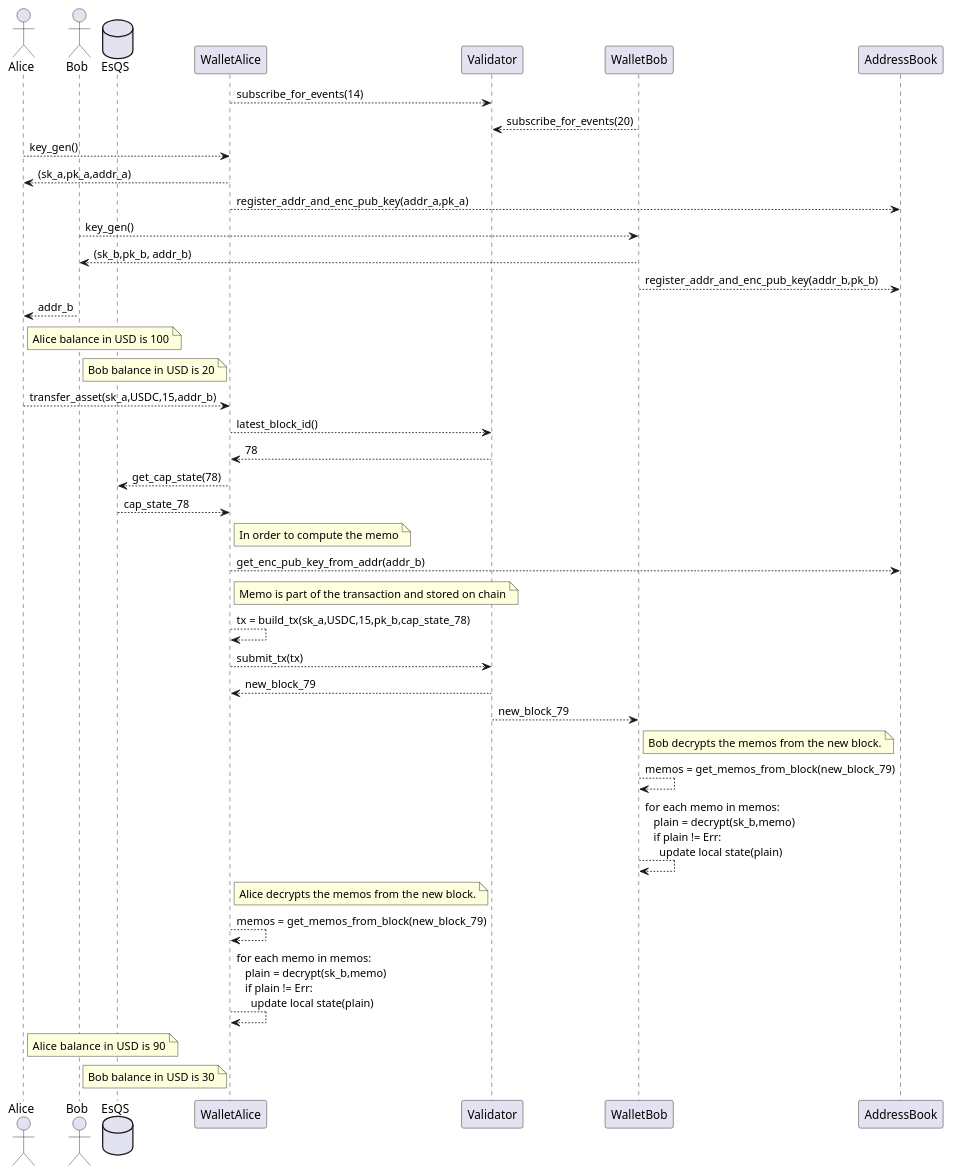
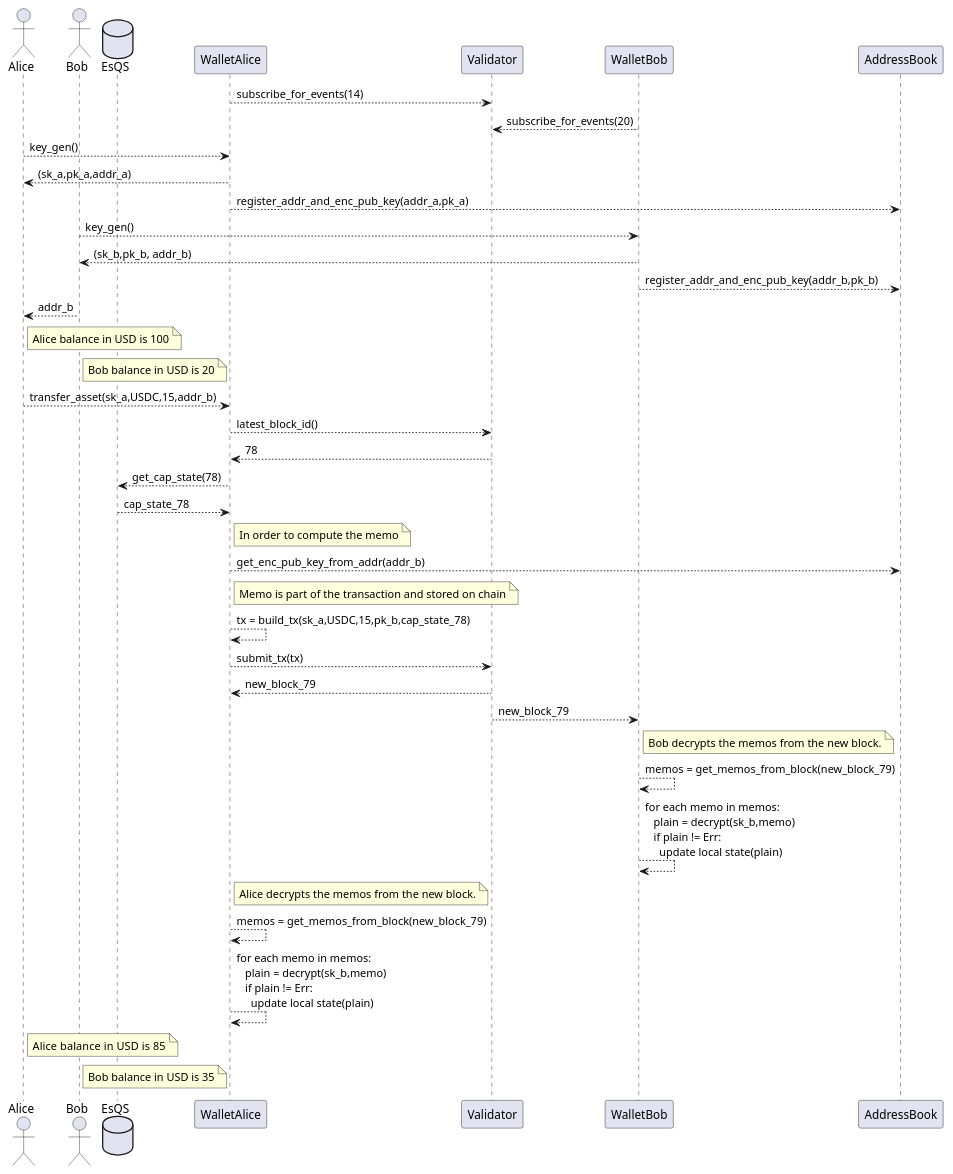
The diagram in doc/architecture/simple_transfer_seq_diagram.puml (EspressoSystems/espresso), drawn with PlantUML before and after one commit.

Commit message:
Fix arithmetic bug.

```diff
--- a/doc/architecture/simple_transfer_seq_diagram.puml
+++ b/doc/architecture/simple_transfer_seq_diagram.puml
@@ -1,71 +1,71 @@
 @startuml
 Actor Alice
 Actor Bob
 Database EsQS
 
 WalletAlice --> Validator: subscribe_for_events(14)
 WalletBob --> Validator: subscribe_for_events(20)
 
 Alice --> WalletAlice: key_gen()
 WalletAlice --> Alice: (sk_a,pk_a,addr_a)
 WalletAlice --> AddressBook: register_addr_and_enc_pub_key(addr_a,pk_a)
 
 Bob --> WalletBob: key_gen()
 WalletBob --> Bob: (sk_b,pk_b, addr_b)
 WalletBob --> AddressBook: register_addr_and_enc_pub_key(addr_b,pk_b)
 
 Bob --> Alice: addr_b
 
 note right Alice
 Alice balance in USD is 100
 end note
 
 note right Bob
 Bob balance in USD is 20
 end note
 
 Alice --> WalletAlice: transfer_asset(sk_a,USDC,15,addr_b)
 
 WalletAlice --> Validator: latest_block_id()
 Validator --> WalletAlice: 78
 WalletAlice --> EsQS: get_cap_state(78)
 EsQS --> WalletAlice: cap_state_78
 
 note right WalletAlice
 In order to compute the memo
 end note
 WalletAlice --> AddressBook: get_enc_pub_key_from_addr(addr_b)
 
 note right WalletAlice
 Memo is part of the transaction and stored on chain
 end note
 
 WalletAlice --> WalletAlice: tx = build_tx(sk_a,USDC,15,pk_b,cap_state_78)
 
 WalletAlice --> Validator: submit_tx(tx)
 
 Validator --> WalletAlice:new_block_79
 Validator --> WalletBob:new_block_79
 
 note right WalletBob
 Bob decrypts the memos from the new block.
 end note
 WalletBob --> WalletBob: memos = get_memos_from_block(new_block_79)
 WalletBob --> WalletBob: for each memo in memos: \n   plain = decrypt(sk_b,memo) \n   if plain != Err: \n     update local state(plain)
 
 note right WalletAlice
 Alice decrypts the memos from the new block.
 end note
 WalletAlice --> WalletAlice: memos = get_memos_from_block(new_block_79)
 WalletAlice --> WalletAlice: for each memo in memos: \n   plain = decrypt(sk_b,memo) \n   if plain != Err: \n     update local state(plain)
 
 note right Alice
-Alice balance in USD is  90
+Alice balance in USD is  85
 end note
 
 note right Bob
-Bob balance in USD is 30
+Bob balance in USD is 35
 end note
 
 
 @enduml
```
